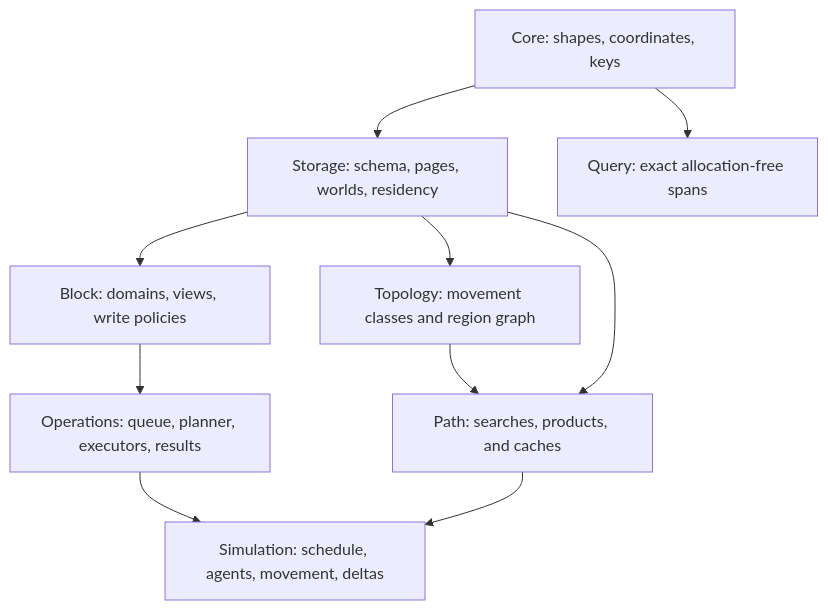
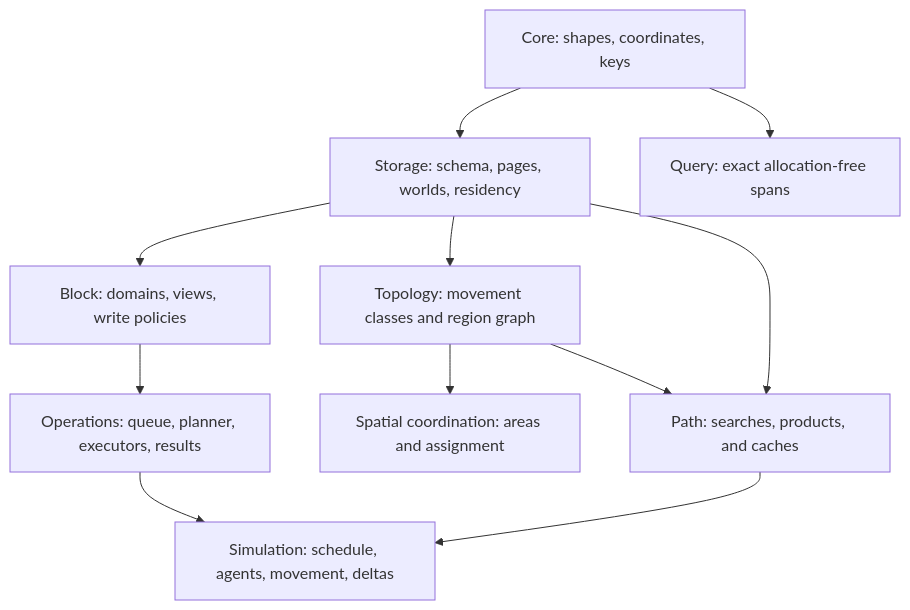
One commit to kindjie/tess changed the first of 5 diagrams in docs/architecture/README.md. Above: the diagram before and after it, drawn with Mermaid. The commit also changed other lines of this file and 12 other files, not shown here.

Commit message:
Add graph-derived area indexes

````diff
--- a/docs/architecture/README.md
+++ b/docs/architecture/README.md
@@ -19,23 +19,25 @@
 ```mermaid
 flowchart TB
   accTitle: tess module dependency layers
   accDescr: Core and storage foundations support block operations and topology, which in turn support queued work, paths, and simulation.
 
   Core["Core: shapes, coordinates, keys"]
   Storage["Storage: schema, pages, worlds, residency"]
   Block["Block: domains, views, write policies"]
   Query["Query: exact allocation-free spans"]
   Ops["Operations: queue, planner, executors, results"]
   Topology["Topology: movement classes and region graph"]
+  Spatial["Spatial coordination: areas and assignment"]
   Path["Path: searches, products, and caches"]
   Sim["Simulation: schedule, agents, movement, deltas"]
   Core --> Storage
   Storage --> Block
   Core --> Query
   Storage --> Topology
   Block --> Ops
   Topology --> Path
+  Topology --> Spatial
   Storage --> Path
   Ops --> Sim
   Path --> Sim
 ```
````
